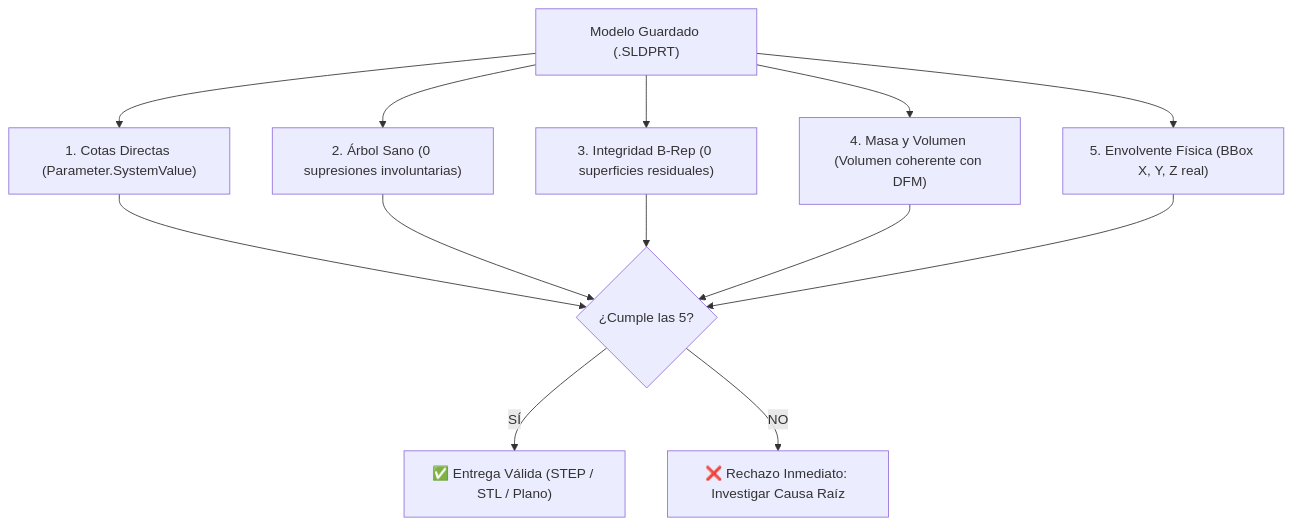
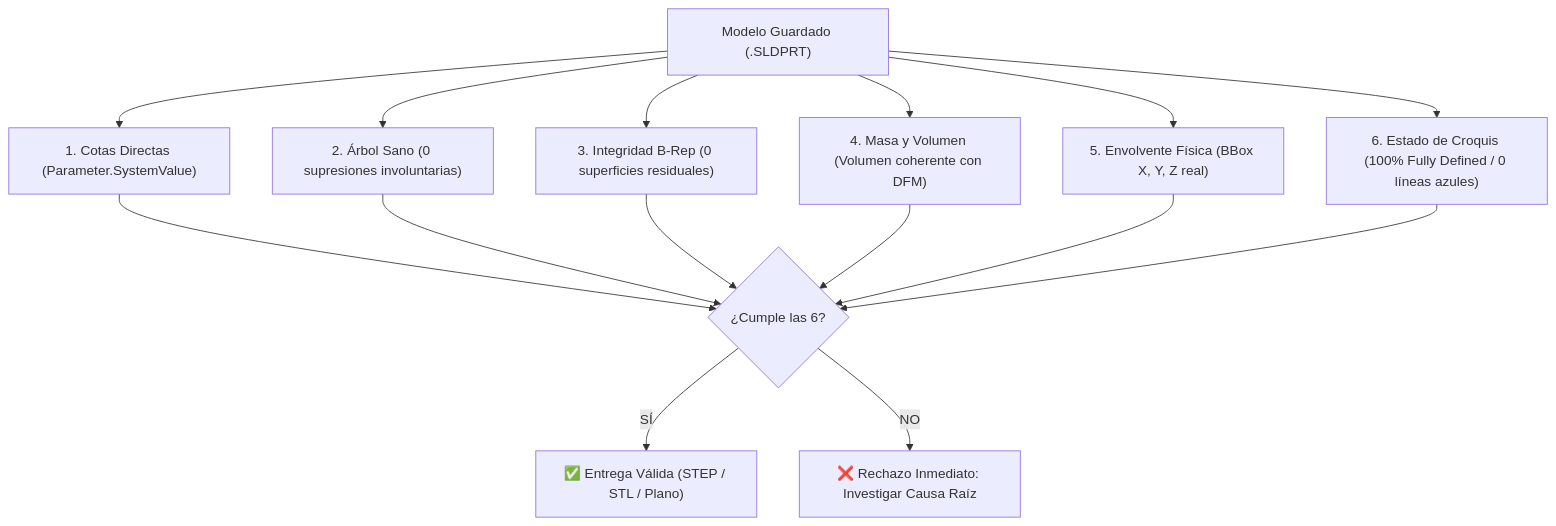
Before and after one commit to useroap/solidworks-parametric-cad: the diagram in references/cad_modification_audit_protocol.md, drawn with Mermaid. The commit also changed other lines of this file and 15 other files, not shown here.

Commit message:
feat: add 100% fully defined sketch standard, native helix threads, background isolated CAD tasks and silent execution

````diff
--- a/references/cad_modification_audit_protocol.md
+++ b/references/cad_modification_audit_protocol.md
@@ -26,17 +26,19 @@
 ```mermaid
 flowchart TD
     M["Modelo Guardado (.SLDPRT)"] --> I1["1. Cotas Directas (Parameter.SystemValue)"]
     M --> I2["2. Árbol Sano (0 supresiones involuntarias)"]
     M --> I3["3. Integridad B-Rep (0 superficies residuales)"]
     M --> I4["4. Masa y Volumen (Volumen coherente con DFM)"]
     M --> I5["5. Envolvente Física (BBox X, Y, Z real)"]
+    M --> I6["6. Estado de Croquis (100% Fully Defined / 0 líneas azules)"]
 
-    I1 --> PASS{"¿Cumple las 5?"}
+    I1 --> PASS{"¿Cumple las 6?"}
     I2 --> PASS
     I3 --> PASS
     I4 --> PASS
     I5 --> PASS
+    I6 --> PASS
 
     PASS -- SÍ --> OK["✅ Entrega Válida (STEP / STL / Plano)"]
     PASS -- NO --> FAIL["❌ Rechazo Inmediato: Investigar Causa Raíz"]
 ```
````
